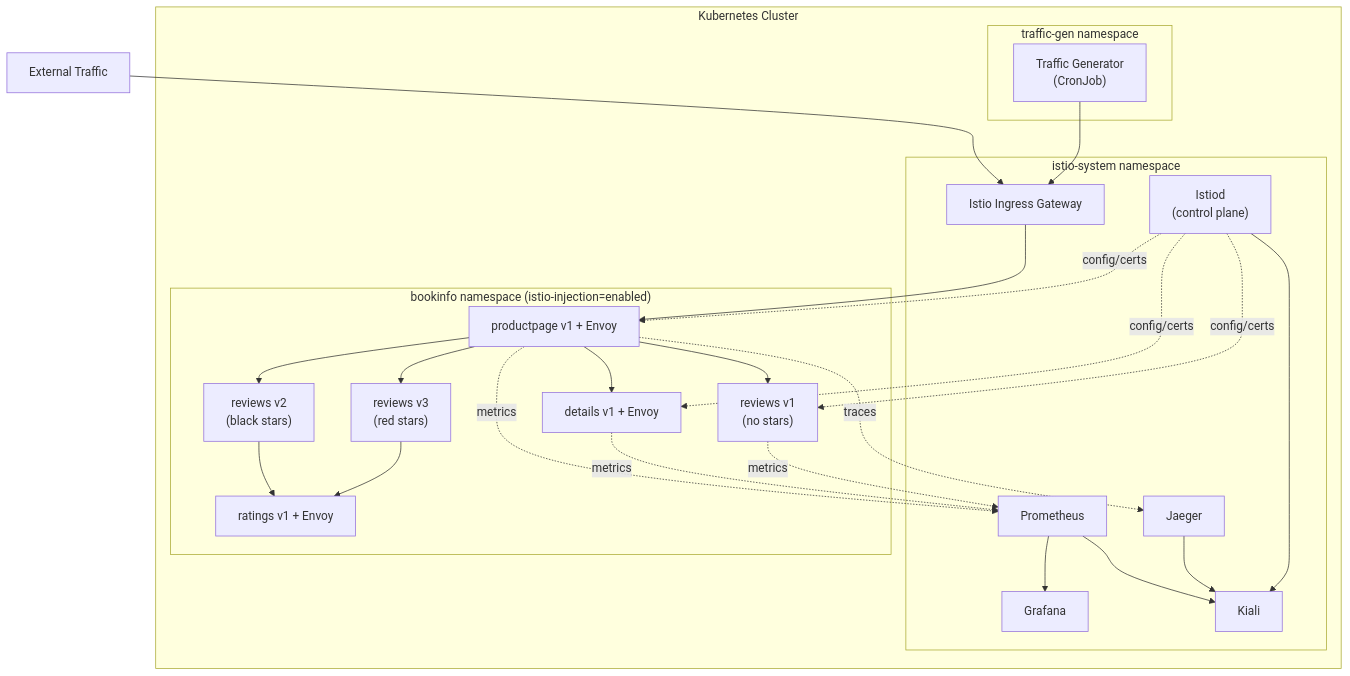
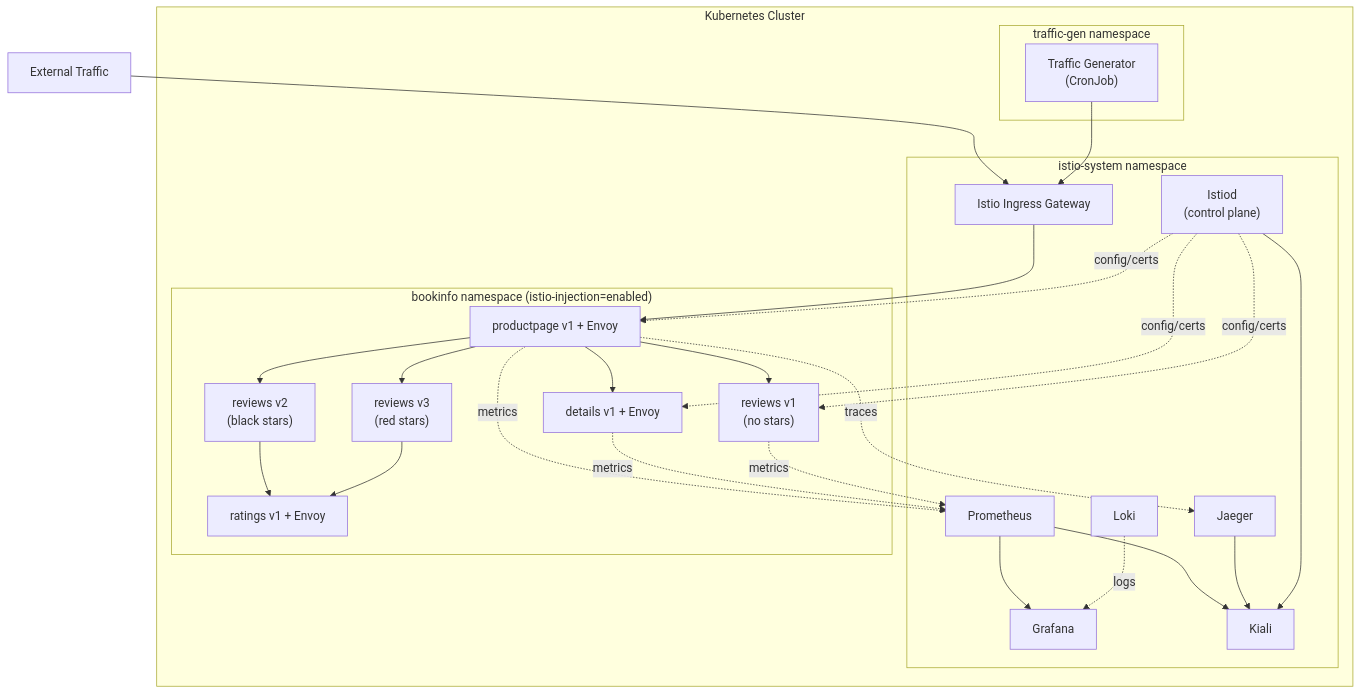
The first of 5 diagrams in Labs/10-Istio/README.md (nirgeier/KubernetesLabs), drawn with Mermaid before and after one commit. The commit also changed other lines of this file and 16 other files, not shown here.

````diff
--- a/Labs/10-Istio/README.md
+++ b/Labs/10-Istio/README.md
@@ -58,51 +57,53 @@
 ```mermaid
 graph TB
     ext["External Traffic"] --> gw
 
     subgraph cluster["Kubernetes Cluster"]
         subgraph istio["istio-system namespace"]
             gw["Istio Ingress Gateway"]
             istiod["Istiod\n(control plane)"]
             prometheus["Prometheus"]
             grafana["Grafana"]
             jaeger["Jaeger"]
             kiali["Kiali"]
+            loki["Loki"]
         end
 
         subgraph bookinfo["bookinfo namespace  (istio-injection=enabled)"]
             pp["productpage v1 + Envoy"]
             det["details v1 + Envoy"]
             rv1["reviews v1\n(no stars)"]
             rv2["reviews v2\n(black stars)"]
             rv3["reviews v3\n(red stars)"]
             rat["ratings v1 + Envoy"]
         end
 
         subgraph tgns["traffic-gen namespace"]
             tgen["Traffic Generator\n(CronJob)"]
         end
 
         gw --> pp
         tgen --> gw
         pp --> det
         pp --> rv1
         pp --> rv2
         pp --> rv3
         rv2 --> rat
         rv3 --> rat
 
         istiod -. config/certs .-> pp
         istiod -. config/certs .-> det
         istiod -. config/certs .-> rv1
 
         pp -. metrics .-> prometheus
         det -. metrics .-> prometheus
         rv1 -. metrics .-> prometheus
         pp -. traces .-> jaeger
 
         prometheus --> kiali
         jaeger --> kiali
         istiod --> kiali
         prometheus --> grafana
+        loki -. logs .-> grafana
     end
 ```
````
